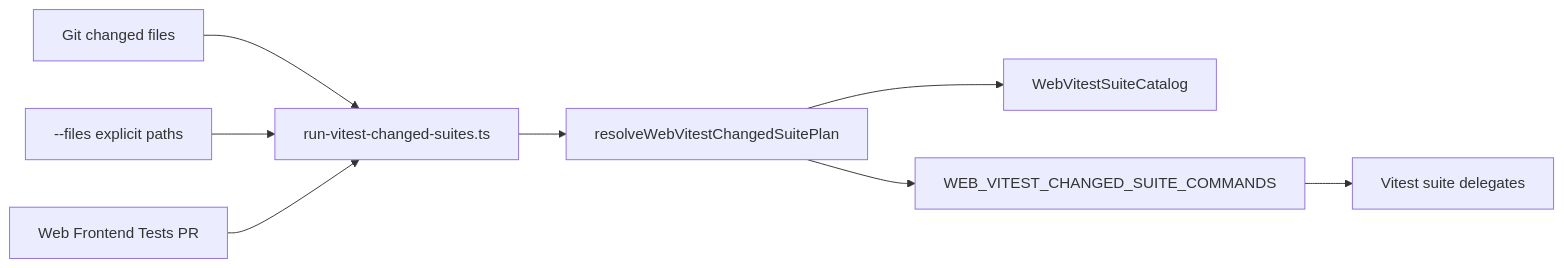
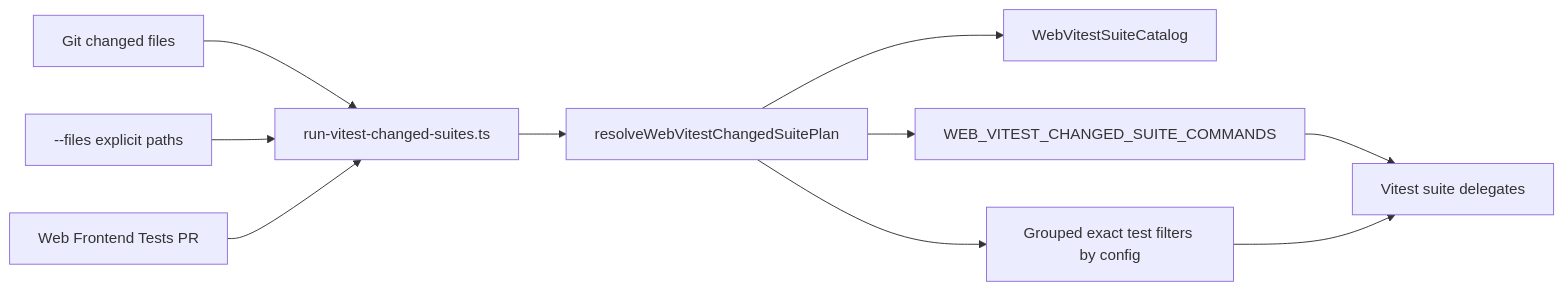
Before and after one commit to dunay2/dvt: the second of 2 diagrams in docs/architecture/components/web/web-vitest-changed-suite-router-component.md, drawn with Mermaid. The commit also changed other lines of this file and 4 other files, not shown here.

Commit message:
perf(web): Batch changed Vitest exact file runs

````diff
--- a/docs/architecture/components/web/web-vitest-changed-suite-router-component.md
+++ b/docs/architecture/components/web/web-vitest-changed-suite-router-component.md
@@ -117,10 +120,12 @@
 ```mermaid
 flowchart LR
   Git["Git changed files"] --> Adapter["run-vitest-changed-suites.ts"]
   Args["--files explicit paths"] --> Adapter
   Adapter --> Router["resolveWebVitestChangedSuitePlan"]
   Router --> Catalog["WebVitestSuiteCatalog"]
   Router --> Commands["WEB_VITEST_CHANGED_SUITE_COMMANDS"]
+  Router --> ExactBatches["Grouped exact test filters by config"]
   Commands --> Vitest["Vitest suite delegates"]
+  ExactBatches --> Vitest
   Workflow["Web Frontend Tests PR"] --> Adapter
 ```
````
